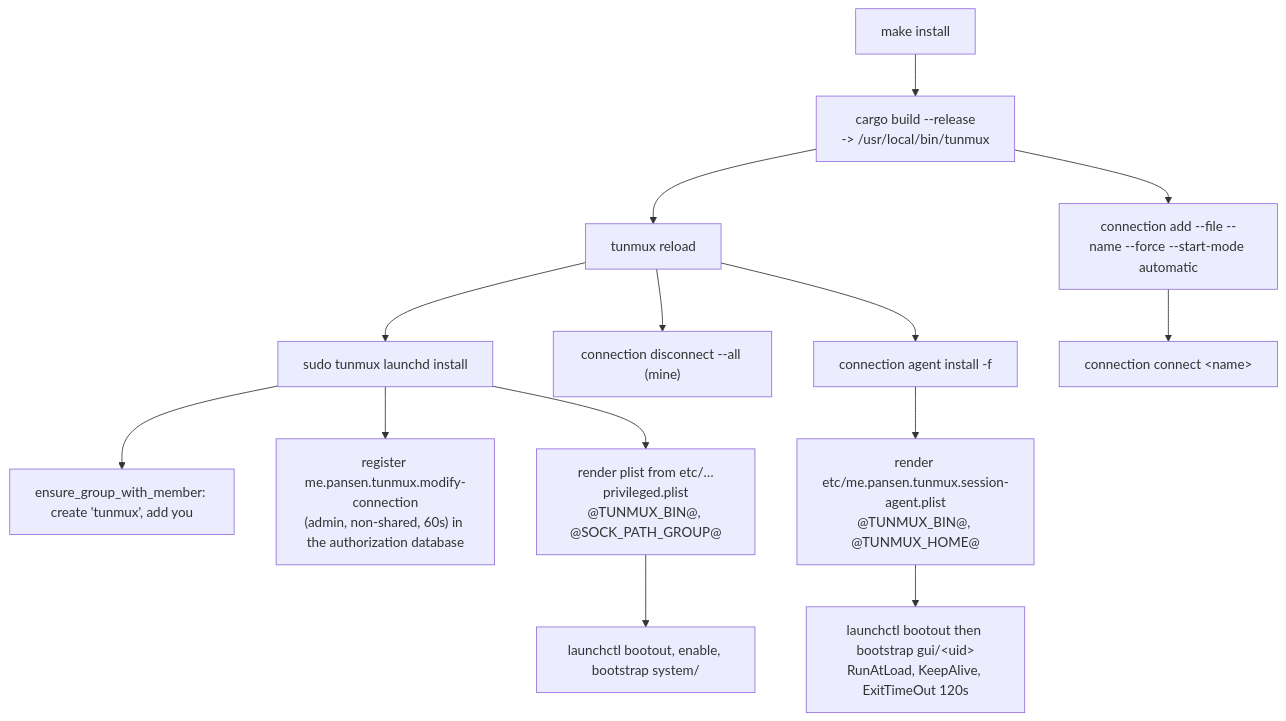
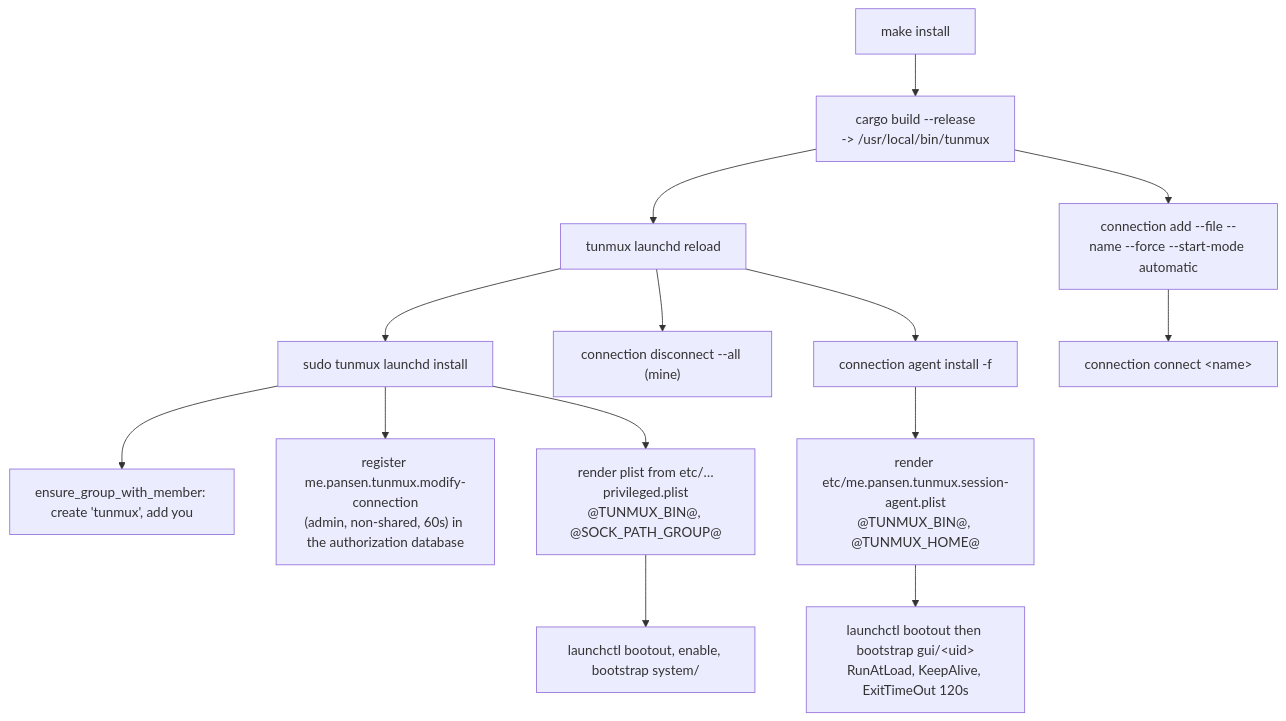
One commit to pansen/macos-wireguard-daemon changed diagram 11 of 11 in doc/architecture.md. Above: the diagram before and after it, drawn with Mermaid. The commit also changed other lines of this file and 10 other files, not shown here.

First line of the commit message:
Move reload command under launchd subcommand

````diff
--- a/doc/architecture.md
+++ b/doc/architecture.md
@@ -618,18 +618,18 @@
 ```mermaid
 flowchart TB
     MAKE["make install"] --> BUILD["cargo build --release<br/>-> /usr/local/bin/tunmux"]
-    BUILD --> RELOAD["tunmux reload"]
+    BUILD --> RELOAD["tunmux launchd reload"]
     RELOAD --> LI["sudo tunmux launchd install"]
     RELOAD --> DISC["connection disconnect --all (mine)"]
     RELOAD --> AI["connection agent install -f"]
     BUILD --> ADD["connection add --file --name --force --start-mode automatic"]
     ADD --> CONNECT["connection connect &lt;name&gt;"]
 
     LI --> GRP["ensure_group_with_member: create 'tunmux', add you"]
     LI --> RIGHT["register me.pansen.tunmux.modify-connection<br/>(admin, non-shared, 60s) in the authorization database"]
     LI --> PL["render plist from etc/…privileged.plist<br/>@TUNMUX_BIN@, @SOCK_PATH_GROUP@"]
     PL --> BOOT["launchctl bootout, enable, bootstrap system/"]
 
     AI --> APL["render etc/me.pansen.tunmux.session-agent.plist<br/>@TUNMUX_BIN@, @TUNMUX_HOME@"]
     APL --> ABOOT["launchctl bootout then bootstrap gui/&lt;uid&gt;<br/>RunAtLoad, KeepAlive, ExitTimeOut 120s"]
 ```
````
